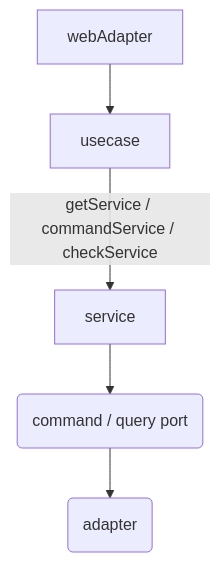
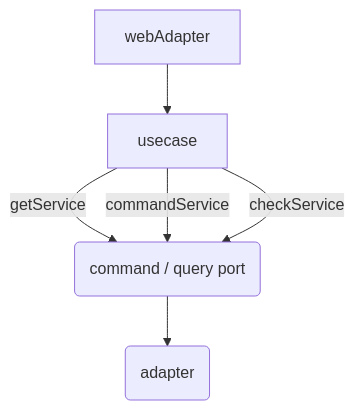
Before and after one commit to team-aliens/DMS-Backend: the diagram in docs/architecture.md, drawn with Mermaid.

Commit message:
docs: (#1077) 아키텍쳐 플로우 다이어그램 수정

````diff
--- a/docs/architecture.md
+++ b/docs/architecture.md
@@ -22,7 +22,8 @@
 ```mermaid
 flowchart TD
 WA[webAdapter] --> UC[usecase];
-UC -->|getService / commandService / checkService| S[service];
-S --> P(command / query port);
+UC -->|getService| P(command / query port);
+UC -->|commandService| P;
+UC -->|checkService| P;
 P --> PA(adapter);
 ```
````
